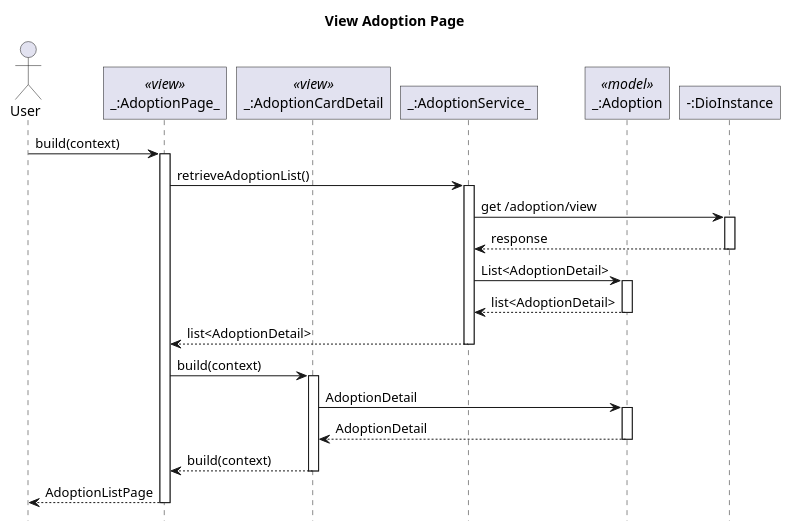
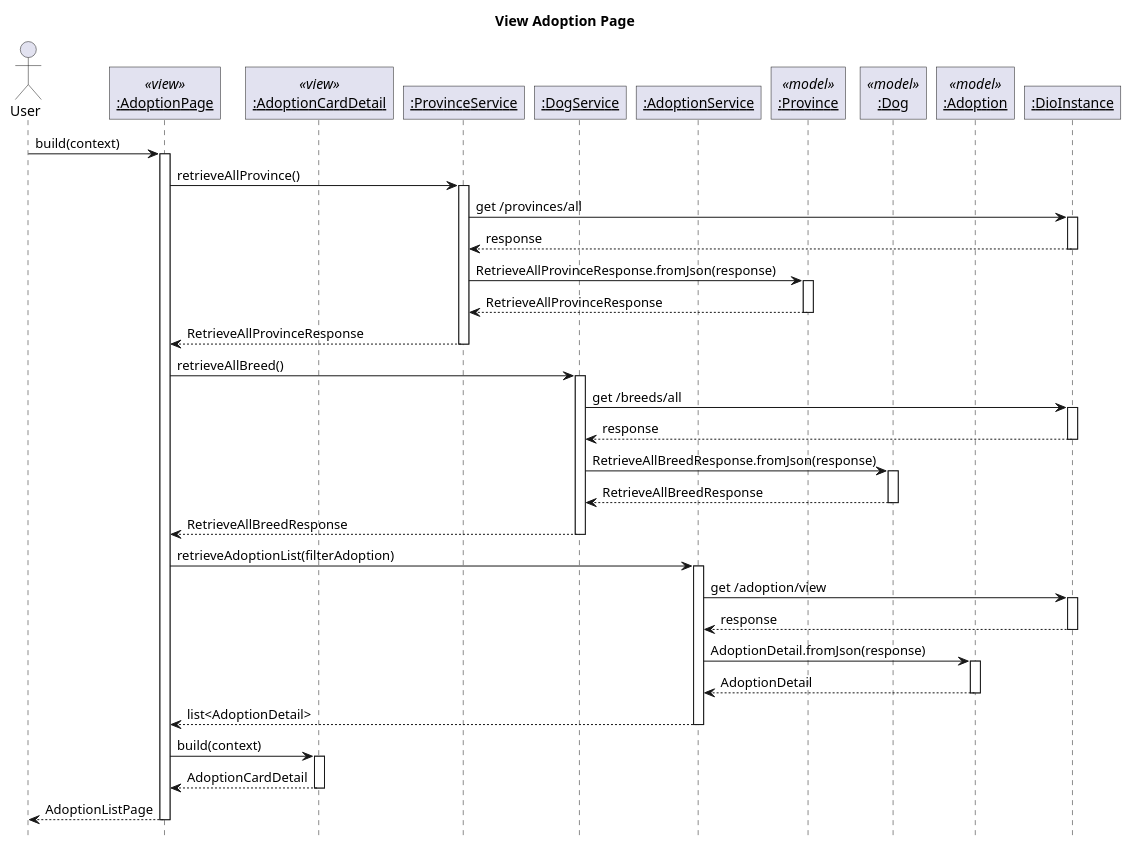
Before and after one commit to sharoncedila/FO_woofers: the diagram in lib/plantuml/adoption/view adoption list.puml, drawn with PlantUML. The commit also changed 30 other files, not shown here.

Commit message:
added all sequence diagram

```diff
--- a/lib/plantuml/adoption/view adoption list.puml
+++ b/lib/plantuml/adoption/view adoption list.puml
@@ -1,34 +1,48 @@
 @startuml ViewAdoptionPage
 ' Global param
 title View Adoption Page
 autoactivate on
 
 ' Global style configuration
 skinparam RoundCorner 0
 hide footbox
 
 ' Sequence participant configuration
 actor User
-participant "_:AdoptionPage_" as Page <<view>>
-participant "_:AdoptionCardDetail" as Card <<view>>
-participant "_:AdoptionService_" as Service
-participant "_:Adoption" as Model <<model>>
-participant "-:DioInstance" as Dio
+participant "__:AdoptionPage__" as Page <<view>>
+participant "__:AdoptionCardDetail__" as Card <<view>>
+participant "__:ProvinceService__" as ServiceProvince
+participant "__:DogService__" as ServiceDog
+participant "__:AdoptionService__" as ServiceAdoption
+participant "__:Province__" as ModelProvince <<model>>
+participant "__:Dog__" as ModelDog <<model>>
+participant "__:Adoption__" as ModelAdoption <<model>>
+participant "__:DioInstance__" as Dio
 
 
 ' Sequence diagram
 User -> Page: build(context)
-Page -> Service : retrieveAdoptionList()
-Service -> Dio : get /adoption/view
-Service <-- Dio : response
-Service -> Model : List<AdoptionDetail>
-Service <-- Model : list<AdoptionDetail>
-Page <-- Service : list<AdoptionDetail>
+Page -> ServiceProvince : retrieveAllProvince()
+ServiceProvince -> Dio : get /provinces/all
+ServiceProvince <-- Dio : response
+ServiceProvince -> ModelProvince : RetrieveAllProvinceResponse.fromJson(response)
+ServiceProvince <-- ModelProvince : RetrieveAllProvinceResponse
+Page <-- ServiceProvince : RetrieveAllProvinceResponse
+Page -> ServiceDog : retrieveAllBreed()
+ServiceDog -> Dio : get /breeds/all
+ServiceDog <-- Dio : response
+ServiceDog -> ModelDog : RetrieveAllBreedResponse.fromJson(response)
+ServiceDog <-- ModelDog : RetrieveAllBreedResponse
+Page <-- ServiceDog : RetrieveAllBreedResponse
+Page -> ServiceAdoption : retrieveAdoptionList(filterAdoption)
+ServiceAdoption -> Dio : get /adoption/view
+ServiceAdoption <-- Dio : response
+ServiceAdoption -> ModelAdoption : AdoptionDetail.fromJson(response)
+ServiceAdoption <-- ModelAdoption : AdoptionDetail
+Page <-- ServiceAdoption : list<AdoptionDetail>
 Page -> Card : build(context)
-Card -> Model : AdoptionDetail
-Card <-- Model : AdoptionDetail
-Page <-- Card : build(context)
+Page <-- Card : AdoptionCardDetail
 User <-- Page: AdoptionListPage
 
 
 @enduml
```
